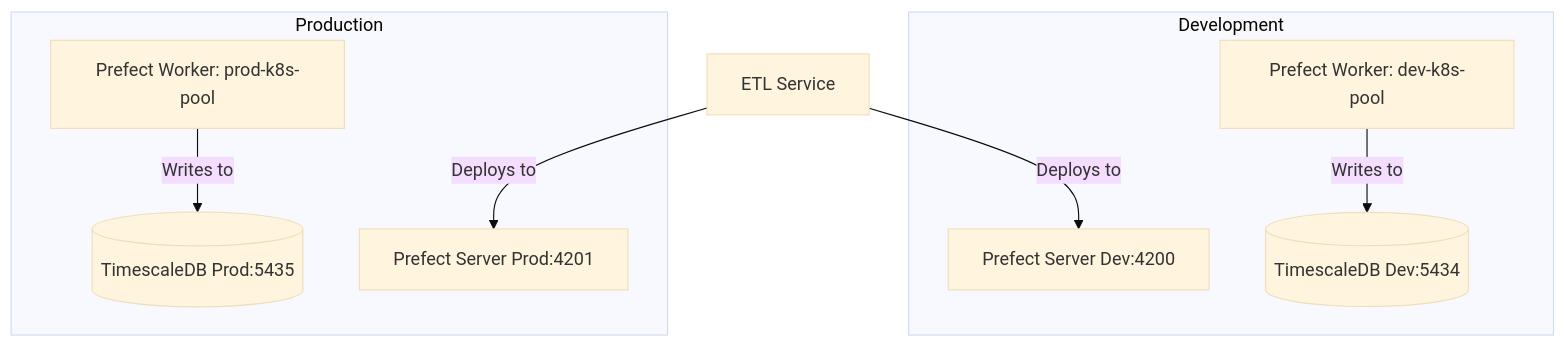
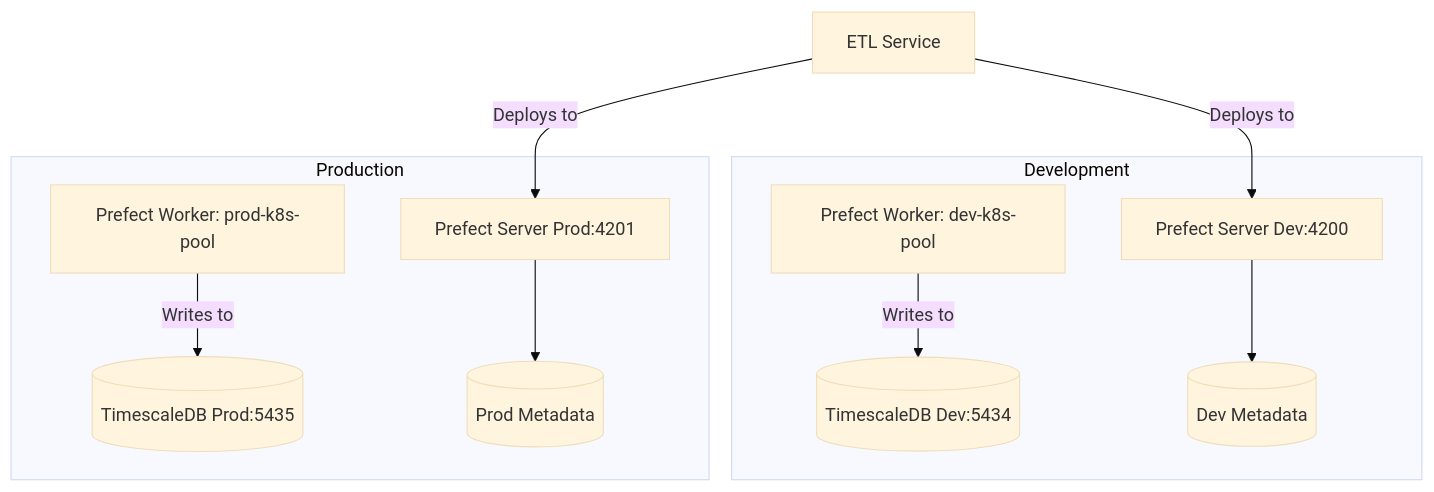
The diagram in pull_requests/PR-8.md (stavyos/enterprise-level-software), drawn with Mermaid (base theme) before and after one commit. The commit also changed other lines of this file and 5 other files, not shown here.

Commit message:
feat: enforce strict metadata isolation using separate PREFECT_HOME for dev and prod

````diff
--- a/pull_requests/PR-8.md
+++ b/pull_requests/PR-8.md
@@ -35,19 +36,23 @@
 ```mermaid
 graph TD
     subgraph Development
         D_DB[(TimescaleDB Dev:5434)]
         D_P[Prefect Server Dev:4200]
         D_W[Prefect Worker: dev-k8s-pool]
+        D_META[(Dev Metadata)]
     end
 
     subgraph Production
         P_DB[(TimescaleDB Prod:5435)]
         P_P[Prefect Server Prod:4201]
         P_W[Prefect Worker: prod-k8s-pool]
+        P_META[(Prod Metadata)]
     end
 
     ETL[ETL Service] -->|Deploys to| D_P
     ETL -->|Deploys to| P_P
     D_W -->|Writes to| D_DB
     P_W -->|Writes to| P_DB
+    D_P --> D_META
+    P_P --> P_META
 ```
````
